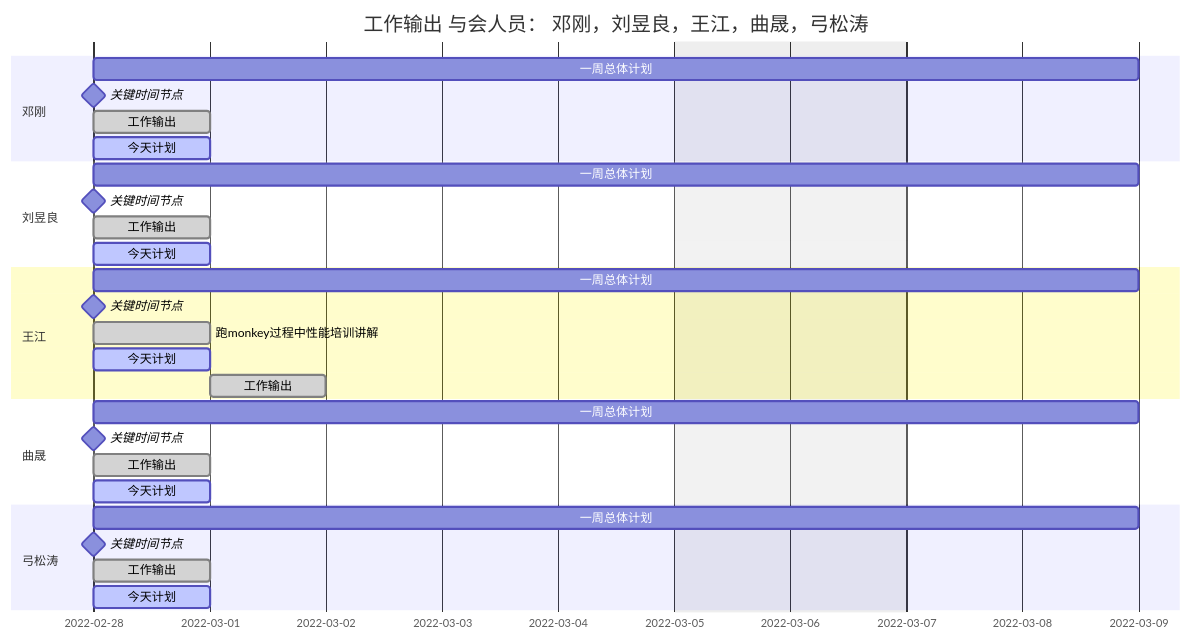
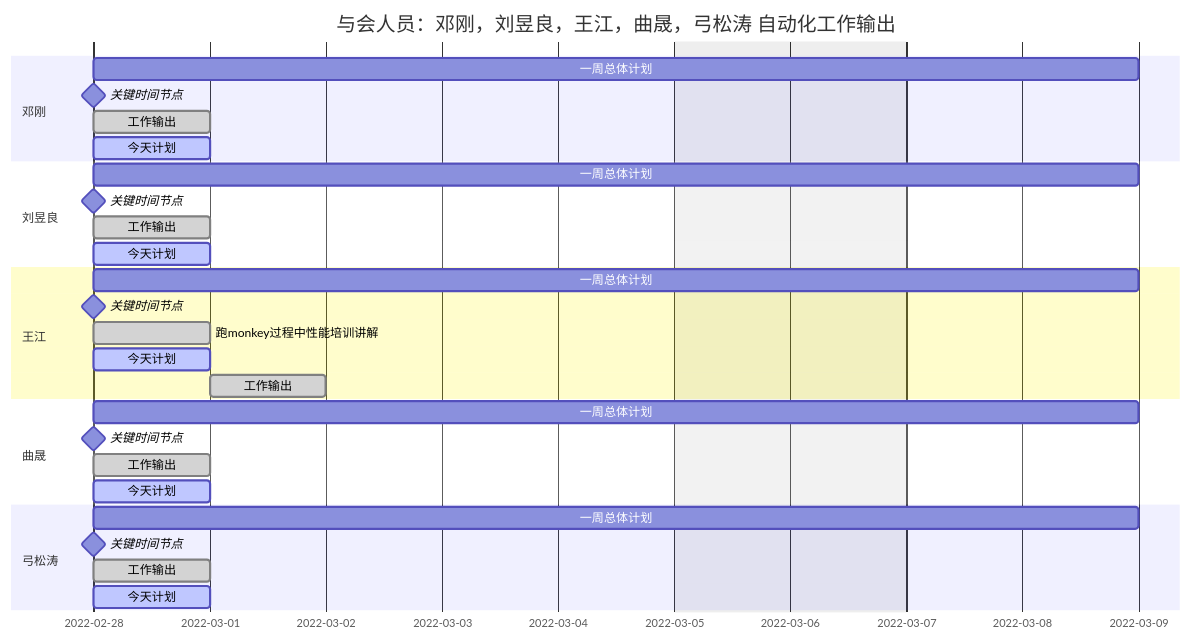
Before and after one commit to DC-Melo/README: the diagram in README.md, drawn with Mermaid.

````diff
--- a/README.md
+++ b/README.md
@@ -74,38 +74,38 @@
 ```mermaid
 gantt
-    title 工作输出 与会人员： 邓刚，刘昱良，王江，曲晟，弓松涛
+    title 与会人员：邓刚，刘昱良，王江，曲晟，弓松涛 自动化工作输出 
     dateFormat  YYYY-MM-DD
     excludes    weekends
 
     section 邓刚
     一周总体计划               : weekplan  , 2022-02-28 , 1w
     关键时间节点               : milestone  , 2022-02-28 , 0d
     工作输出                   : done,   monf  , 2022-02-28 , 1d
     今天计划                   : active, monp  , 2022-02-28 , 1d
 
     section 刘昱良
     一周总体计划               : weekplan  , 2022-02-28 , 1w
     关键时间节点               : milestone  , 2022-02-28 , 0d
     工作输出                   : done,   monf  , 2022-02-28 , 1d
     今天计划                   : active, monp  , 2022-02-28 , 1d
 
     section 王江
     一周总体计划               : weekplan  , 2022-02-28 , 1w
     关键时间节点               : milestone  , 2022-02-28 , 0d
     跑monkey过程中性能培训讲解 : done,   monf  , 2022-02-28 , 1d
     今天计划                   : active, monp  , 2022-02-28 , 1d
     工作输出                   : done,   Tuef  , 2022-03-01 , 1d
 
     section 曲晟
     一周总体计划               : weekplan  , 2022-02-28 , 1w
     关键时间节点               : milestone  , 2022-02-28 , 0d
     工作输出                   : done,   monf  , 2022-02-28 , 1d
     今天计划                   : active, monp  , 2022-02-28 , 1d
 
     section 弓松涛
     一周总体计划               : weekplan  , 2022-02-28 , 1w
     关键时间节点               : milestone  , 2022-02-28 , 0d
     工作输出                   : done,   monf  , 2022-02-28 , 1d
     今天计划                   : active, monp  , 2022-02-28 , 1d
 
 ```
````
